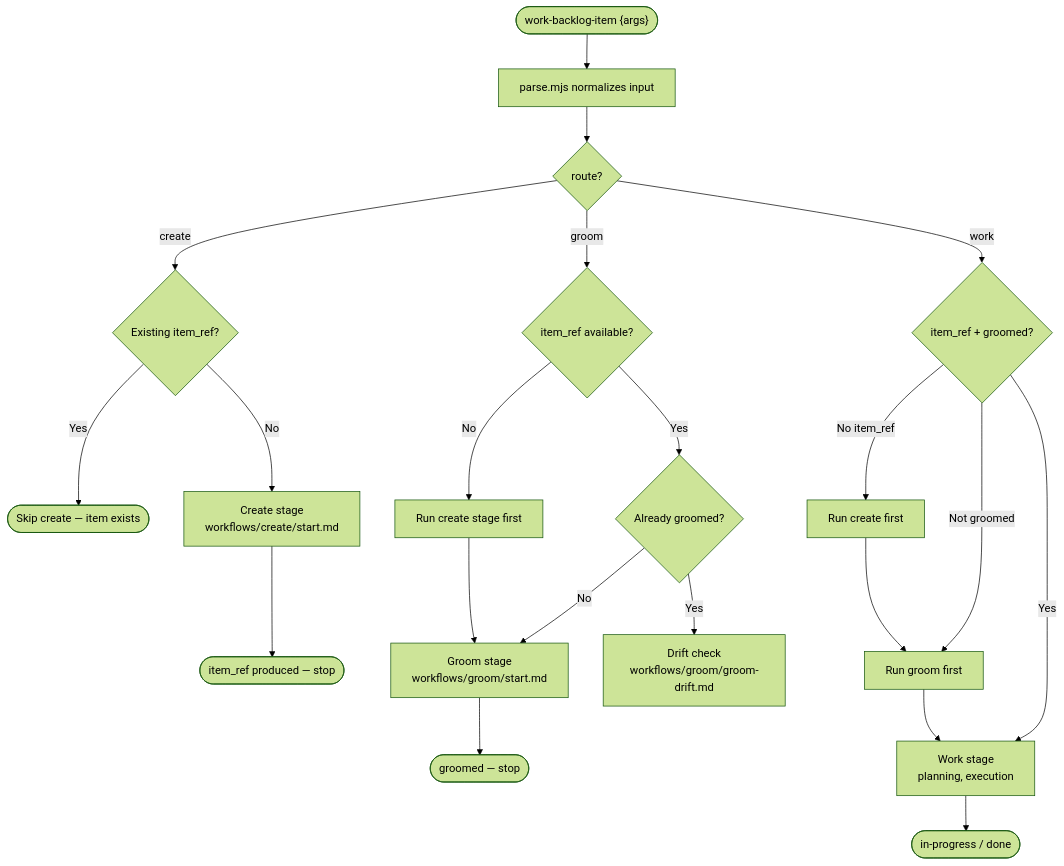
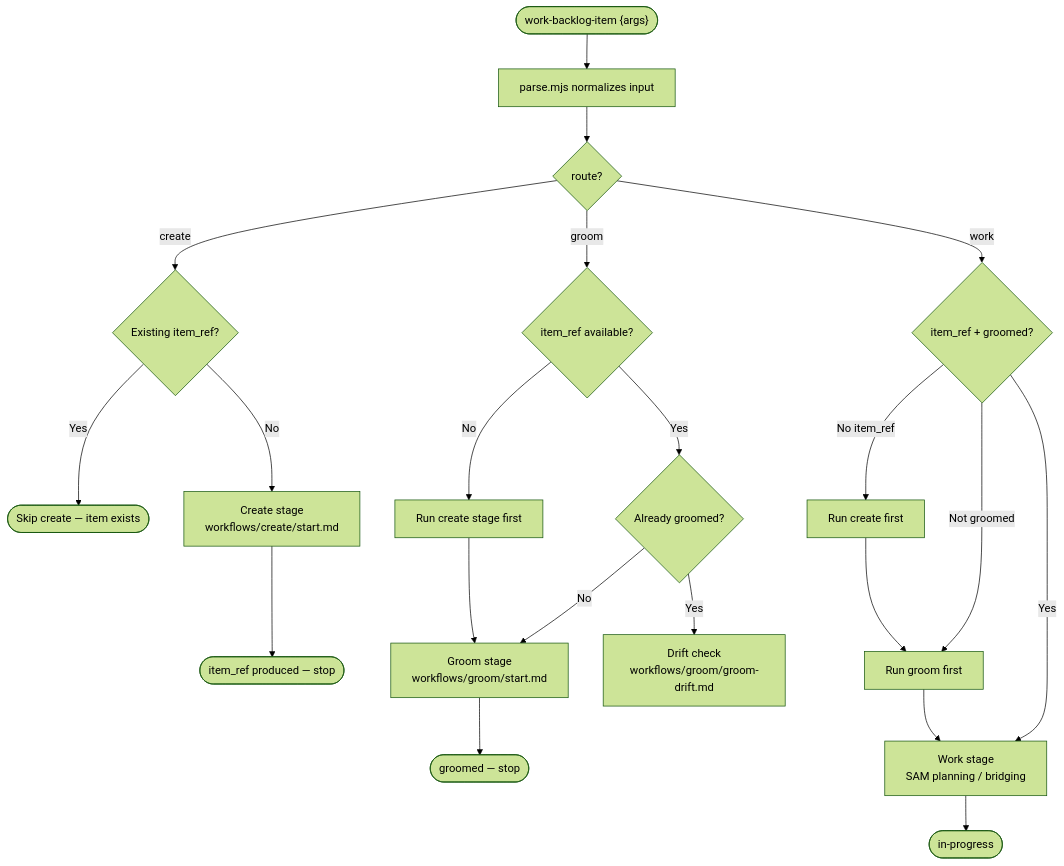
The second of 2 diagrams in plugins/development-harness/docs/backlog-lifecycle.md (chgreer1070/claude_skills), drawn with Mermaid (forest theme) before and after one commit. The commit also changed other lines of this file and 16 other files, not shown here.

````diff
--- a/plugins/development-harness/docs/backlog-lifecycle.md
+++ b/plugins/development-harness/docs/backlog-lifecycle.md
@@ -149,26 +149,26 @@
 ```mermaid
 flowchart TD
     Entry(["work-backlog-item {args}"]) --> Parser["parse.mjs normalizes input"]
     Parser --> Route{"route?"}
 
     Route -->|create| CreateCheck{"Existing item_ref?"}
     CreateCheck -->|Yes| Stop1(["Skip create — item exists"])
     CreateCheck -->|No| Create["Create stage<br>workflows/create/start.md"]
     Create --> CreateDone(["item_ref produced — stop"])
 
     Route -->|groom| GroomCheck{"item_ref available?"}
     GroomCheck -->|No| RunCreate["Run create stage first"]
     RunCreate --> Groom
     GroomCheck -->|Yes| GroomReady{"Already groomed?"}
     GroomReady -->|Yes| DriftCheck["Drift check<br>workflows/groom/groom-drift.md"]
     GroomReady -->|No| Groom["Groom stage<br>workflows/groom/start.md"]
     Groom --> GroomDone(["groomed — stop"])
 
     Route -->|work| WorkCheck{"item_ref + groomed?"}
     WorkCheck -->|"No item_ref"| RunCreate2["Run create first"]
     RunCreate2 --> RunGroom
     WorkCheck -->|"Not groomed"| RunGroom["Run groom first"]
     RunGroom --> Work
-    WorkCheck -->|"Yes"| Work["Work stage<br>planning, execution"]
-    Work --> WorkDone(["in-progress / done"])
+    WorkCheck -->|"Yes"| Work["Work stage<br>SAM planning / bridging"]
+    Work --> WorkDone(["in-progress"])
 ```
````
